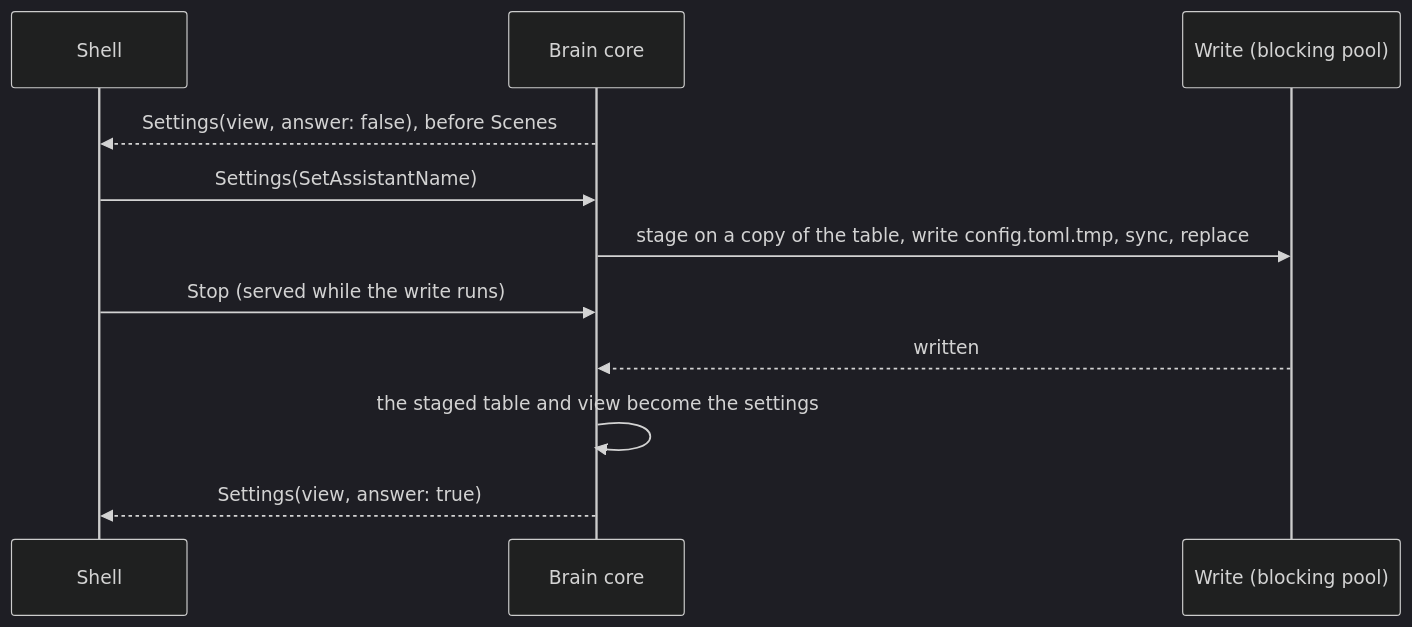
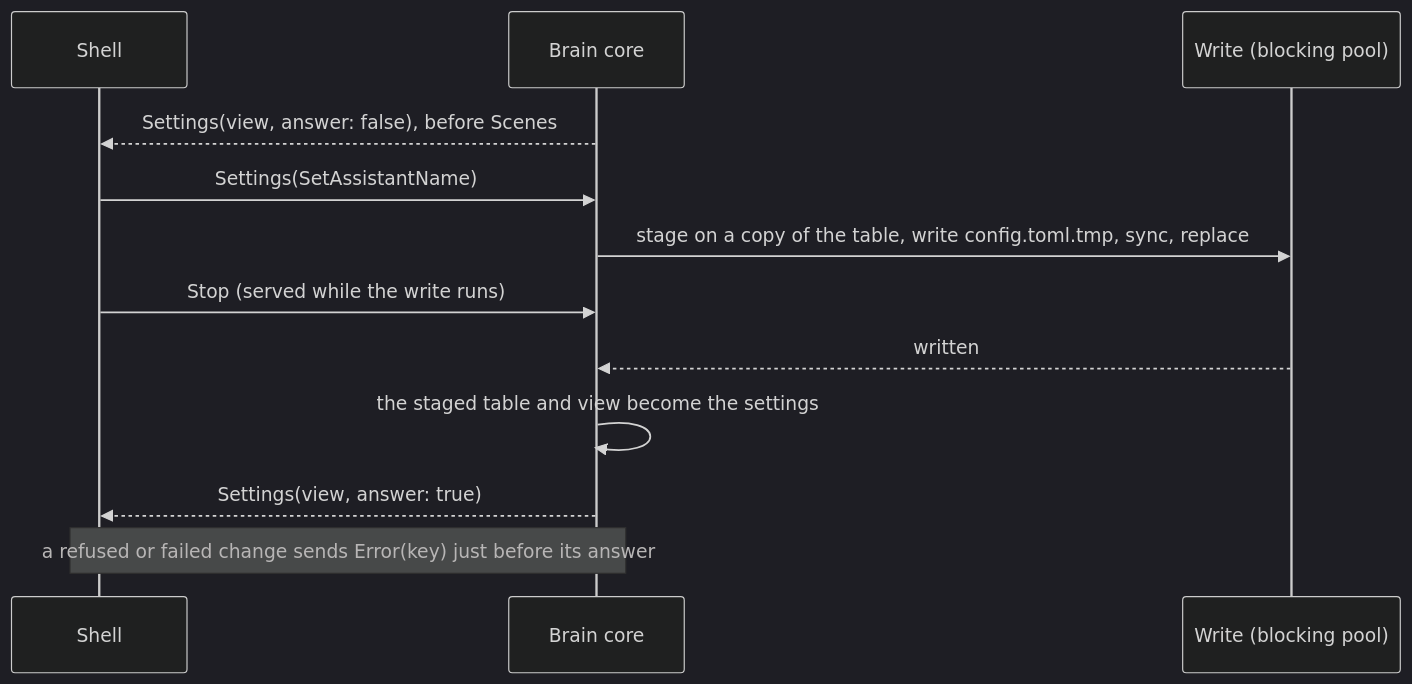
Before and after one commit to labcoder/capsula: the diagram in docs/development/settings.md, drawn with Mermaid (dark theme). The commit also changed other lines of this file and 12 other files, not shown here.

````diff
--- a/docs/development/settings.md
+++ b/docs/development/settings.md
@@ -21,13 +21,14 @@
 ```mermaid
 sequenceDiagram
   participant S as Shell
   participant C as Brain core
   participant W as Write (blocking pool)
   C-->>S: Settings(view, answer: false), before Scenes
   S->>C: Settings(SetAssistantName)
   C->>W: stage on a copy of the table, write config.toml.tmp, sync, replace
   S->>C: Stop (served while the write runs)
   W-->>C: written
   C->>C: the staged table and view become the settings
   C-->>S: Settings(view, answer: true)
+  Note over C,S: a refused or failed change sends Error(key) just before its answer
 ```
````
